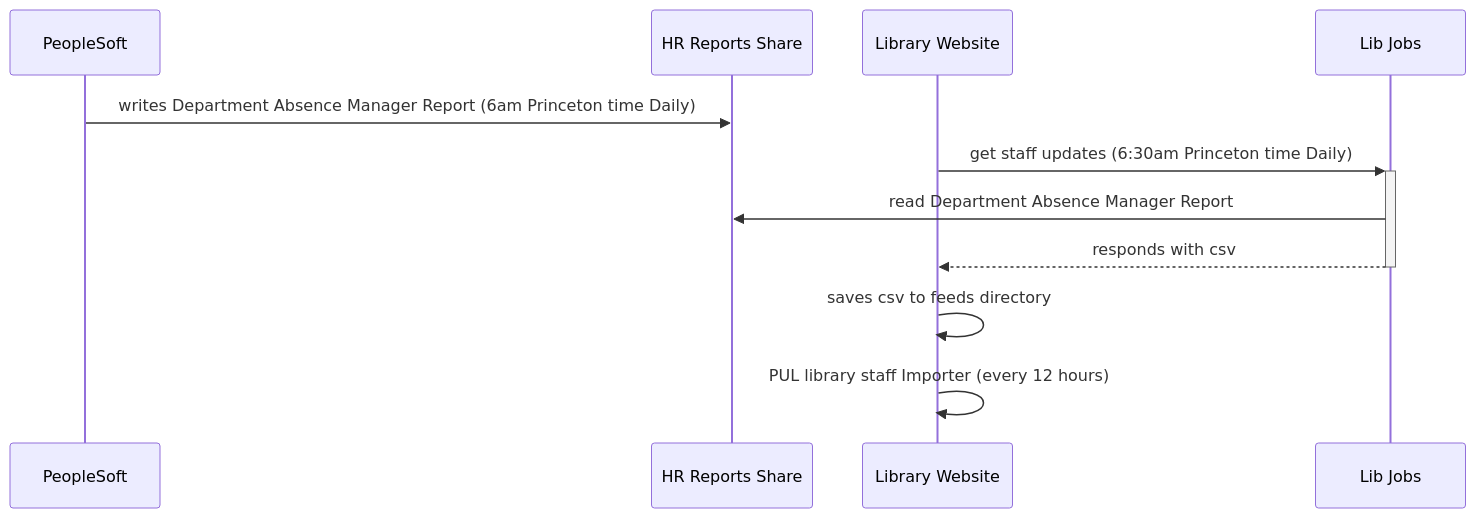
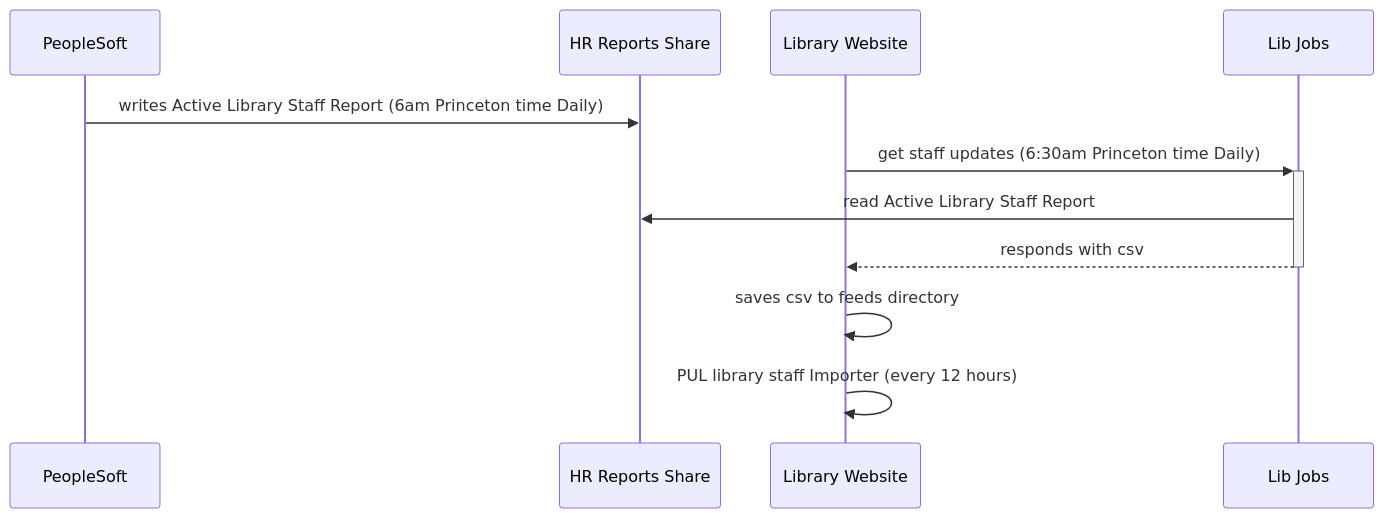
The diagram in docs/web_staff/README.md (pulibrary/lib_jobs), drawn with Mermaid before and after one commit. The commit also changed 5 other files, not shown here.

Commit message:
i460: use Active Library Staff report

````diff
--- a/docs/web_staff/README.md
+++ b/docs/web_staff/README.md
@@ -6,10 +6,10 @@
 ```mermaid
 sequenceDiagram
-    PeopleSoft->>HR Reports Share: writes Department Absence Manager Report (6am Princeton time Daily)
+    PeopleSoft->>HR Reports Share: writes Active Library Staff Report (6am Princeton time Daily)
 
     Library Website->>+Lib Jobs: get staff updates (6:30am Princeton time Daily)
-    Lib Jobs->>HR Reports Share: read Department Absence Manager Report
+    Lib Jobs->>HR Reports Share: read Active Library Staff Report
     Lib Jobs-->>-Library Website: responds with csv 
     Library Website->>Library Website: saves csv to feeds directory
     Library Website->>Library Website: PUL library staff Importer (every 12 hours)
 ```
````
